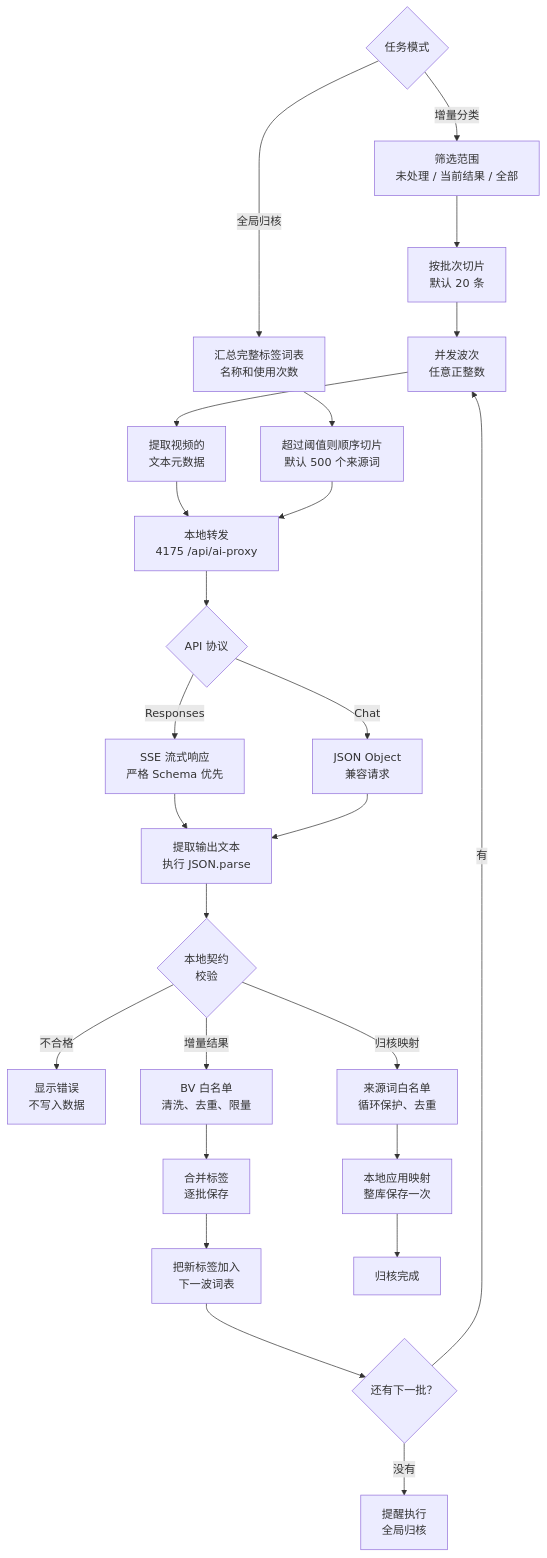
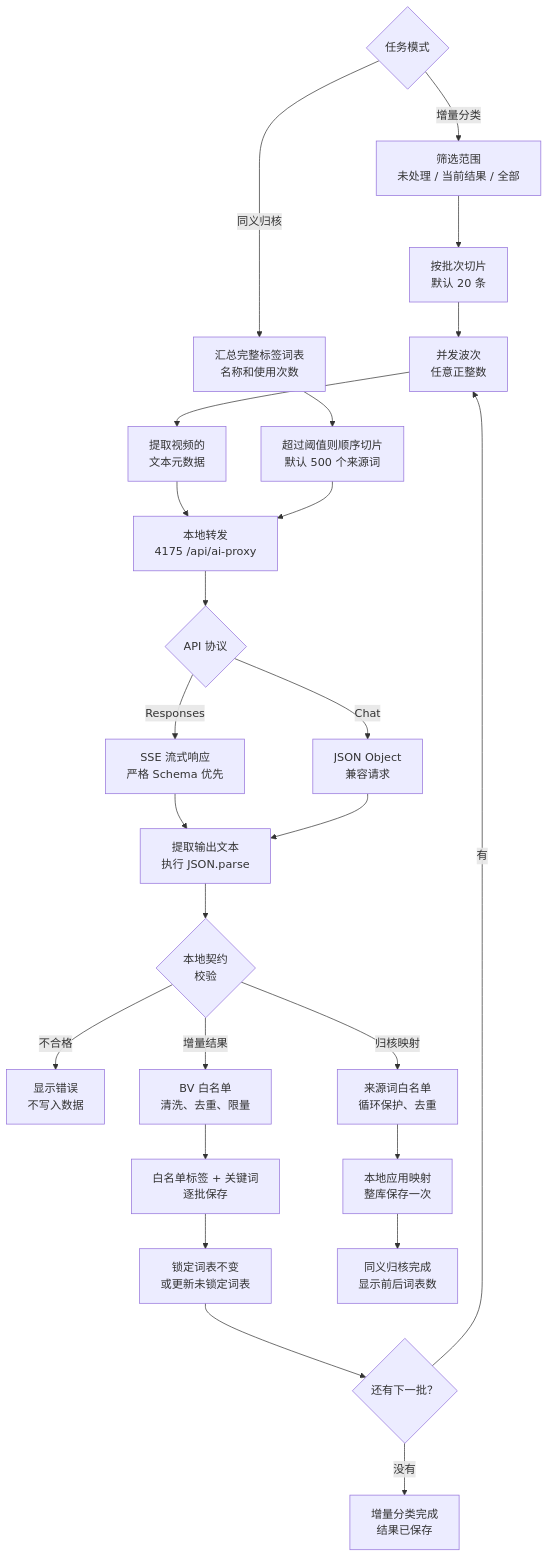
One commit to KanameMadoka520/_WatchLaterList changed the second of 2 diagrams in README.md. Above: the diagram before and after it, drawn with Mermaid. The commit also changed other lines of this file and 8 other files, not shown here.

````diff
--- a/README.md
+++ b/README.md
@@ -210,28 +235,28 @@
 ```mermaid
 flowchart TD
     A{"任务模式"}
     A -->|"增量分类"| B["筛选范围<br/>未处理 / 当前结果 / 全部"]
-    A -->|"全局归核"| C["汇总完整标签词表<br/>名称和使用次数"]
+    A -->|"同义归核"| C["汇总完整标签词表<br/>名称和使用次数"]
     B --> D["按批次切片<br/>默认 20 条"]
     D --> E["并发波次<br/>任意正整数"]
     E --> F["提取视频的<br/>文本元数据"]
     C --> G["超过阈值则顺序切片<br/>默认 500 个来源词"]
     F --> H["本地转发<br/>4175 /api/ai-proxy"]
     G --> H
     H --> I{"API 协议"}
     I -->|"Responses"| J["SSE 流式响应<br/>严格 Schema 优先"]
     I -->|"Chat"| K["JSON Object<br/>兼容请求"]
     J --> L["提取输出文本<br/>执行 JSON.parse"]
     K --> L
     L --> M{"本地契约<br/>校验"}
     M -->|"不合格"| N["显示错误<br/>不写入数据"]
     M -->|"增量结果"| O["BV 白名单<br/>清洗、去重、限量"]
     M -->|"归核映射"| P["来源词白名单<br/>循环保护、去重"]
-    O --> Q["合并标签<br/>逐批保存"]
+    O --> Q["白名单标签 + 关键词<br/>逐批保存"]
     P --> R["本地应用映射<br/>整库保存一次"]
-    Q --> S["把新标签加入<br/>下一波词表"]
+    Q --> S["锁定词表不变<br/>或更新未锁定词表"]
     S --> T{"还有下一批？"}
     T -->|"有"| E
-    T -->|"没有"| U["提醒执行<br/>全局归核"]
-    R --> V["归核完成"]
+    T -->|"没有"| U["增量分类完成<br/>结果已保存"]
+    R --> V["同义归核完成<br/>显示前后词表数"]
 ```
````
